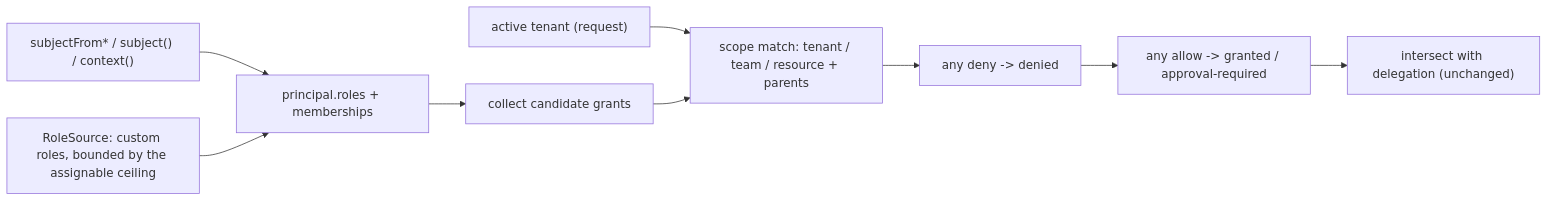
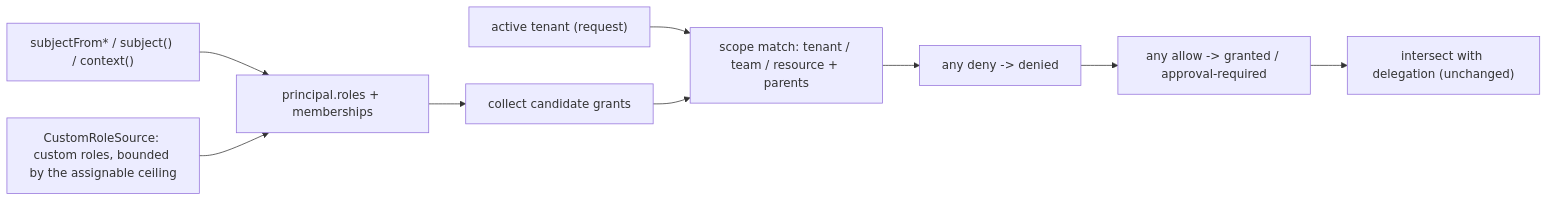
Before and after one commit to ScaleDockHQ/permdock: the diagram in apps/docs/content/docs/concepts/tenancy.mdx, drawn with Mermaid. The commit also changed other lines of this file and 106 other files, not shown here.

First line of the commit message:
feat(core)!: rename RoleSource to CustomRoleSource and PermDockStorage

````diff
--- a/apps/docs/content/docs/concepts/tenancy.mdx
+++ b/apps/docs/content/docs/concepts/tenancy.mdx
@@ -171,11 +171,11 @@
 ```mermaid
 flowchart LR
   Provider["subjectFrom* / subject() / context()"] --> Memberships["principal.roles + memberships"]
-  RoleSource["RoleSource: custom roles, bounded by the assignable ceiling"] --> Memberships
+  CustomRoleSource["CustomRoleSource: custom roles, bounded by the assignable ceiling"] --> Memberships
   Memberships --> Collect["collect candidate grants"]
   ActiveTenant["active tenant (request)"] --> Scope["scope match: tenant / team / resource + parents"]
   Collect --> Scope
   Scope --> Deny["any deny -> denied"]
   Deny --> Allow["any allow -> granted / approval-required"]
   Allow --> Delegation["intersect with delegation (unchanged)"]
 ```
````
